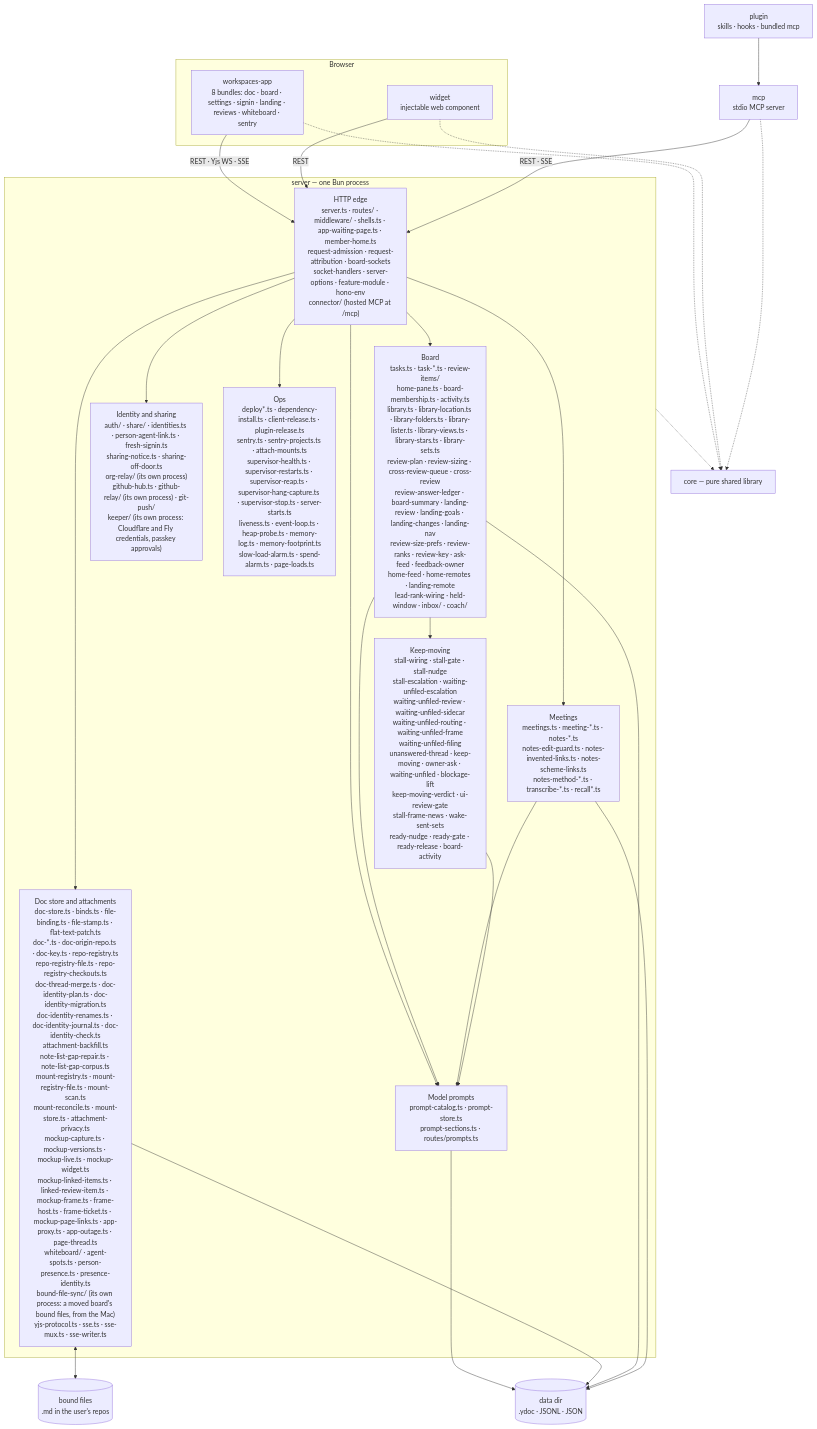
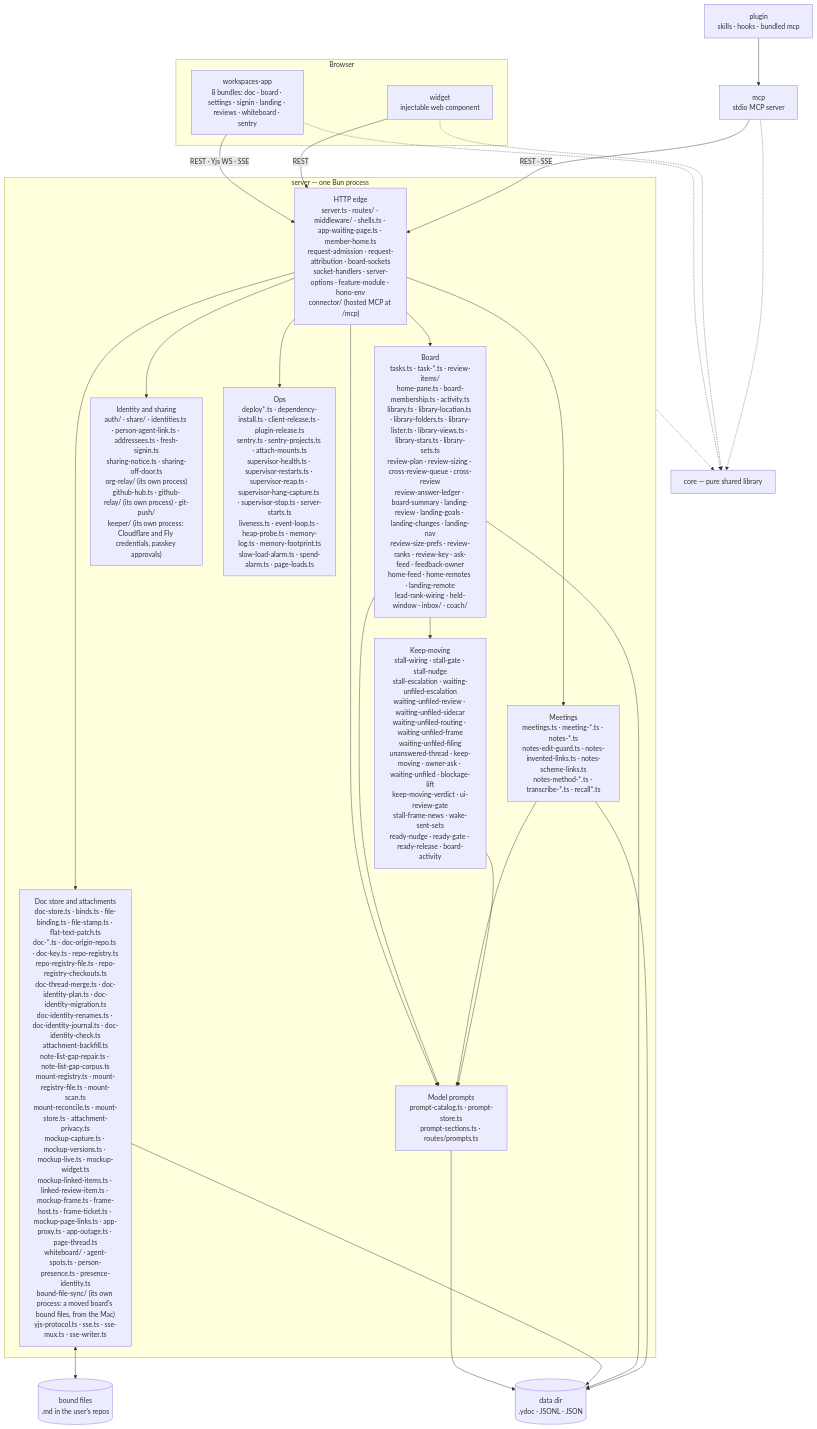
One commit to fryanpan/claude-workspaces-plugin changed the first of 2 diagrams in docs/architecture/overview.md. Above: the diagram before and after it, drawn with Mermaid. The commit also changed other lines of this file and 25 other files, not shown here.

````diff
--- a/docs/architecture/overview.md
+++ b/docs/architecture/overview.md
@@ -45,35 +45,35 @@
 ```mermaid
 flowchart TB
   subgraph browser[Browser]
     app["workspaces-app<br/>8 bundles: doc · board · settings · signin · landing · reviews · whiteboard · sentry"]
     wid["widget<br/>injectable web component"]
   end
   plug["plugin<br/>skills · hooks · bundled mcp"]
   mcp["mcp<br/>stdio MCP server"]
   subgraph srv["server — one Bun process"]
     edge["HTTP edge<br/>server.ts · routes/ · middleware/ · shells.ts · app-waiting-page.ts · member-home.ts<br/>request-admission · request-attribution · board-sockets<br/>socket-handlers · server-options · feature-module · hono-env<br/>connector/ (hosted MCP at /mcp)"]
     docs["Doc store and attachments<br/>doc-store.ts · binds.ts · file-binding.ts · file-stamp.ts · flat-text-patch.ts<br/>doc-*.ts · doc-origin-repo.ts · doc-key.ts · repo-registry.ts<br/>repo-registry-file.ts · repo-registry-checkouts.ts<br/>doc-thread-merge.ts · doc-identity-plan.ts · doc-identity-migration.ts<br/>doc-identity-renames.ts · doc-identity-journal.ts · doc-identity-check.ts<br/>attachment-backfill.ts<br/>note-list-gap-repair.ts · note-list-gap-corpus.ts<br/>mount-registry.ts · mount-registry-file.ts · mount-scan.ts<br/>mount-reconcile.ts · mount-store.ts · attachment-privacy.ts<br/>mockup-capture.ts · mockup-versions.ts · mockup-live.ts · mockup-widget.ts<br/>mockup-linked-items.ts · linked-review-item.ts · mockup-frame.ts · frame-host.ts · frame-ticket.ts · mockup-page-links.ts · app-proxy.ts · app-outage.ts · page-thread.ts<br/>whiteboard/ · agent-spots.ts · person-presence.ts · presence-identity.ts<br/>bound-file-sync/ (its own process: a moved board's bound files, from the Mac)<br/>yjs-protocol.ts · sse.ts · sse-mux.ts · sse-writer.ts"]
     board["Board<br/>tasks.ts · task-*.ts · review-items/<br/>home-pane.ts · board-membership.ts · activity.ts<br/>library.ts · library-location.ts · library-folders.ts · library-lister.ts · library-views.ts · library-stars.ts · library-sets.ts<br/>review-plan · review-sizing · cross-review-queue · cross-review<br/>review-answer-ledger · board-summary · landing-review · landing-goals · landing-changes · landing-nav<br/>review-size-prefs · review-ranks · review-key · ask-feed · feedback-owner<br/>home-feed · home-remotes · landing-remote<br/>lead-rank-wiring · held-window · inbox/ · coach/"]
     meet["Meetings<br/>meetings.ts · meeting-*.ts · notes-*.ts<br/>notes-edit-guard.ts · notes-invented-links.ts · notes-scheme-links.ts<br/>notes-method-*.ts · transcribe-*.ts · recall*.ts"]
     keep["Keep-moving<br/>stall-wiring · stall-gate · stall-nudge<br/>stall-escalation · waiting-unfiled-escalation<br/>waiting-unfiled-review · waiting-unfiled-sidecar<br/>waiting-unfiled-routing · waiting-unfiled-frame<br/>waiting-unfiled-filing<br/>unanswered-thread · keep-moving · owner-ask · waiting-unfiled · blockage-lift<br/>keep-moving-verdict · ui-review-gate<br/>stall-frame-news · wake-sent-sets<br/>ready-nudge · ready-gate · ready-release · board-activity"]
-    ident["Identity and sharing<br/>auth/ · share/ · identities.ts · person-agent-link.ts · fresh-signin.ts<br/>sharing-notice.ts · sharing-off-door.ts<br/>org-relay/ (its own process)<br/>github-hub.ts · github-relay/ (its own process) · git-push/<br/>keeper/ (its own process: Cloudflare and Fly credentials, passkey approvals)"]
+    ident["Identity and sharing<br/>auth/ · share/ · identities.ts · person-agent-link.ts · addressees.ts · fresh-signin.ts<br/>sharing-notice.ts · sharing-off-door.ts<br/>org-relay/ (its own process)<br/>github-hub.ts · github-relay/ (its own process) · git-push/<br/>keeper/ (its own process: Cloudflare and Fly credentials, passkey approvals)"]
     prompts["Model prompts<br/>prompt-catalog.ts · prompt-store.ts<br/>prompt-sections.ts · routes/prompts.ts"]
     ops["Ops<br/>deploy*.ts · dependency-install.ts · client-release.ts · plugin-release.ts<br/>sentry.ts · sentry-projects.ts · attach-mounts.ts<br/>supervisor-health.ts · supervisor-restarts.ts · supervisor-reap.ts · supervisor-hang-capture.ts · supervisor-stop.ts · server-starts.ts<br/>liveness.ts · event-loop.ts · heap-probe.ts · memory-log.ts · memory-footprint.ts<br/>slow-load-alarm.ts · spend-alarm.ts · page-loads.ts"]
   end
   core["core — pure shared library"]
   disk[("data dir<br/>.ydoc · JSONL · JSON")]
   files[("bound files<br/>.md in the user's repos")]
 
   app -->|"REST · Yjs WS · SSE"| edge
   wid -->|REST| edge
   plug --> mcp
   mcp -->|"REST · SSE"| edge
   edge --> docs & board & meet & ident & ops & prompts
   board & meet & keep --> prompts
   prompts --> disk
   board --> keep
   docs <--> files
   docs & board & meet --> disk
   app & wid & mcp -.-> core
   srv -.-> core
 ```
````
